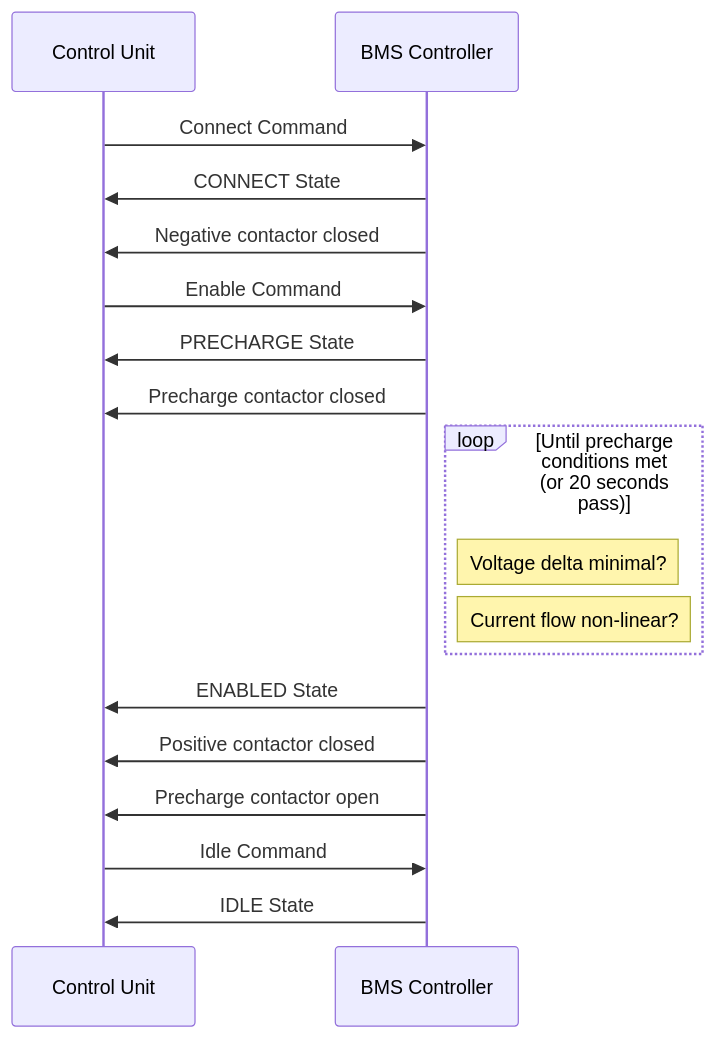
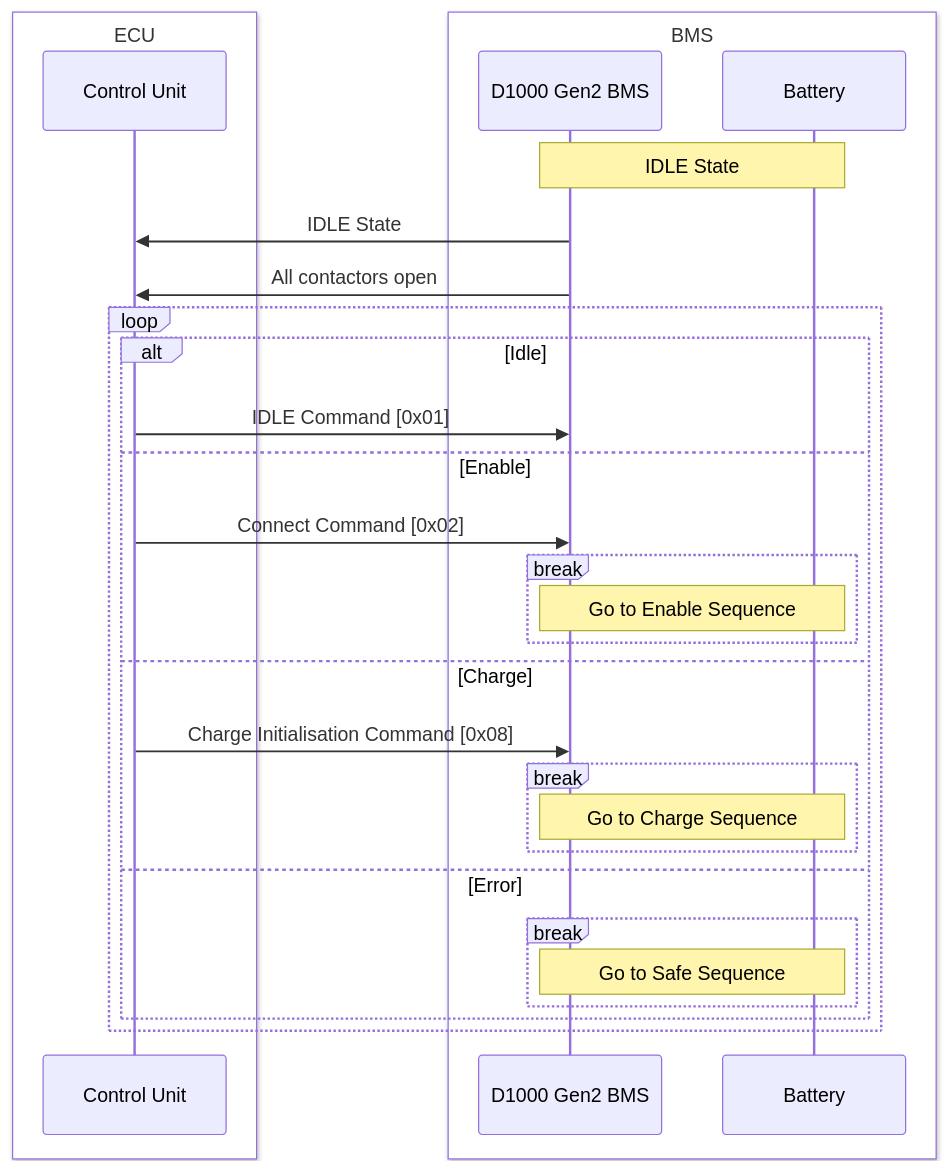
The first of 5 diagrams in docs/Battery_Management_Systems/Prohelion_BMS_D1000_Gen2/Firmware/V1.2/Sequence_Diagram.md (Prohelion/prohelion.github.io), drawn with Mermaid before and after one commit. The commit also changed other lines of this file and 3 other files, not shown here.

First line of the commit message:
SequenceDiagram: Further improvements

````diff
--- a/docs/Battery_Management_Systems/Prohelion_BMS_D1000_Gen2/Firmware/V1.2/Sequence_Diagram.md
+++ b/docs/Battery_Management_Systems/Prohelion_BMS_D1000_Gen2/Firmware/V1.2/Sequence_Diagram.md
@@ -5,25 +4,32 @@
 ```mermaid
 sequenceDiagram
-    participant ECU as Control Unit
-    participant BMS as BMS Controller
-
-    ECU->>BMS: Connect Command
-    BMS->>ECU: CONNECT State
-    
-    BMS->>ECU: Negative contactor closed
-    ECU->>BMS: Enable Command
-    BMS->>ECU: PRECHARGE State
-    BMS->>ECU: Precharge contactor closed
-    
-    loop Until precharge conditions met (or 20 seconds pass)
-        Note right of BMS: Voltage delta minimal?
-        Note right of BMS: Current flow non-linear?
+    box rgba(255, 255, 255, 1) ECU
+        participant ECU as Control Unit
     end
-
-    BMS->>ECU: ENABLED State
-    BMS->>ECU: Positive contactor closed
-    BMS->>ECU: Precharge contactor open
-    
-    ECU->>BMS: Idle Command
+    box rgba(255, 255, 255, 1) BMS
+        participant BMS as D1000 Gen2 BMS
+        participant BATT as Battery
+    end
+    Note over BMS,BATT: IDLE State
     BMS->>ECU: IDLE State
+    BMS->>ECU: All contactors open
+    loop
+        alt Idle
+            ECU->>BMS: IDLE Command [0x01]
+        else Enable
+            ECU->>BMS: Connect Command [0x02]
+            break
+                Note over BMS,BATT: Go to Enable Sequence
+            end
+        else Charge
+            ECU->>BMS: Charge Initialisation Command [0x08]
+            break
+                Note over BMS,BATT: Go to Charge Sequence
+            end
+        else Error
+            break
+                Note over BMS, BATT: Go to Safe Sequence
+            end
+        end
+    end
 ```
````
